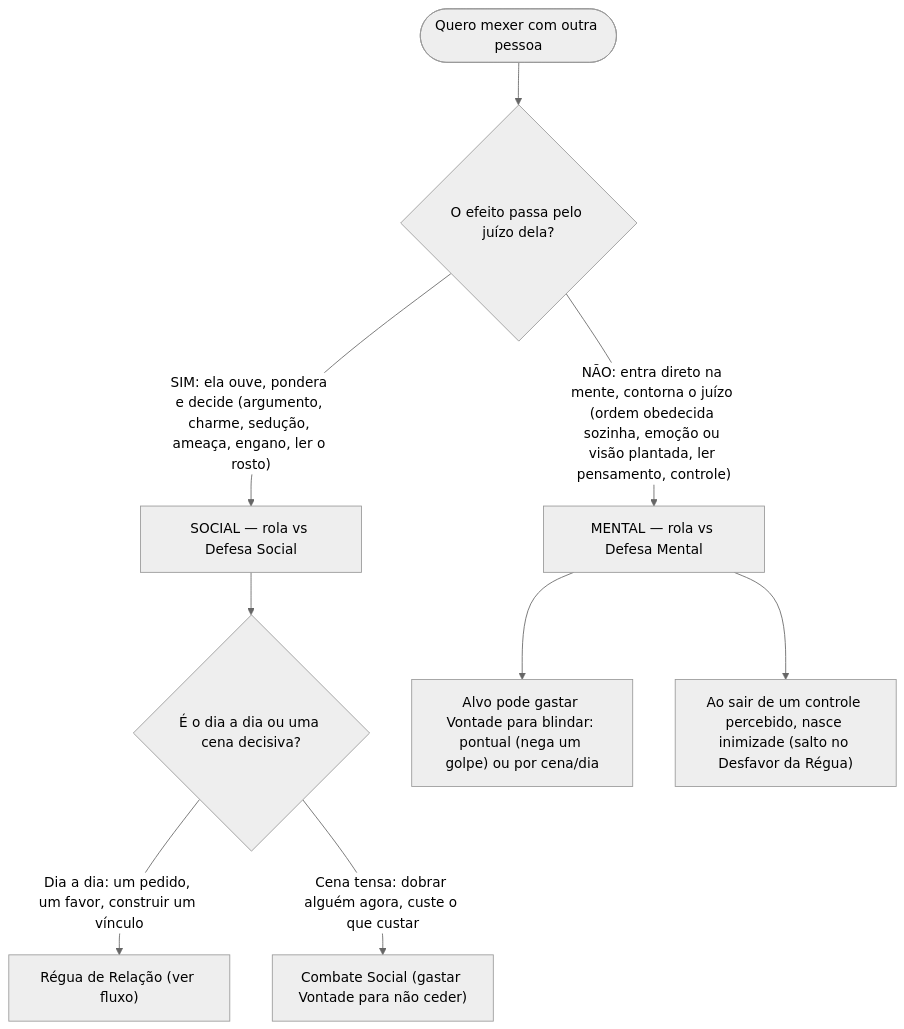
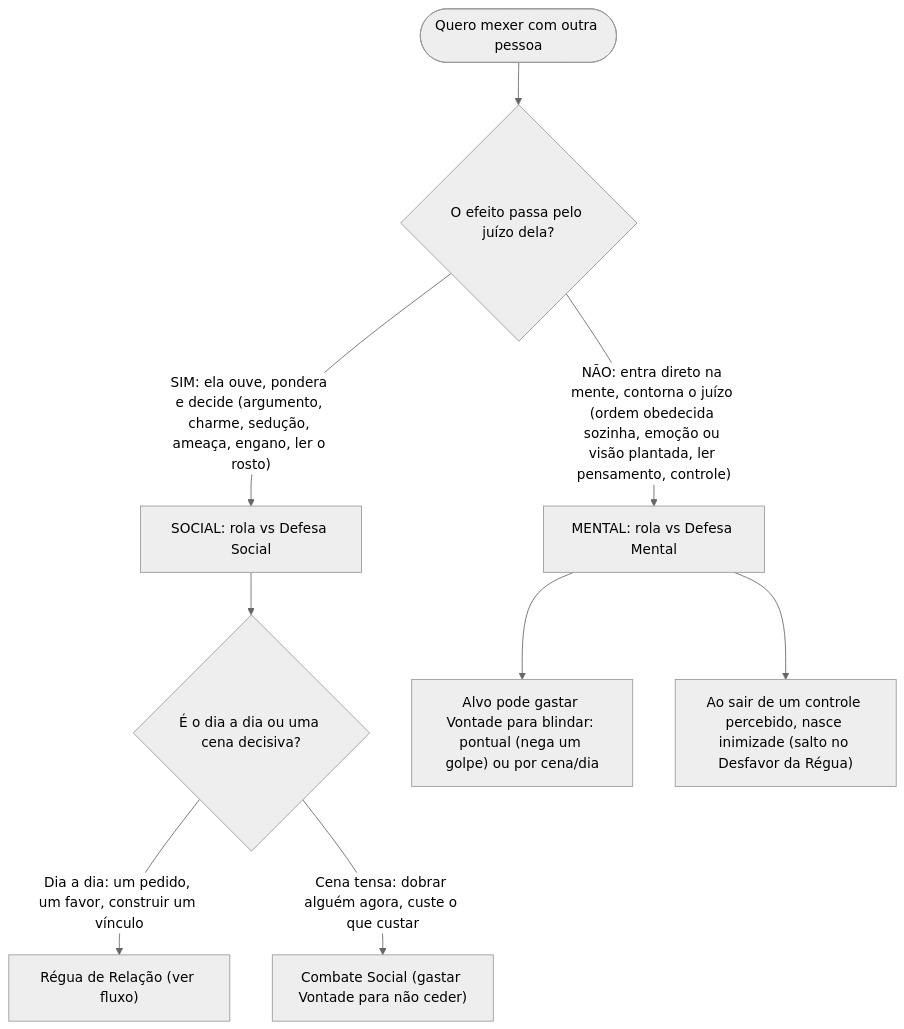
One commit to f-neves/centelha-rpg changed the second of 6 diagrams in src/content/chapters/qual-sistema.md. Above: the diagram before and after it, drawn with Mermaid (neutral theme). The commit also changed 14 other files, not shown here.

````diff
--- a/src/content/chapters/qual-sistema.md
+++ b/src/content/chapters/qual-sistema.md
@@ -34,11 +34,11 @@
 ```mermaid
 flowchart TD
   A(["Quero mexer com outra pessoa"]) --> B{"O efeito passa pelo juízo dela?"}
-  B -->|"SIM: ela ouve, pondera e decide (argumento, charme, sedução, ameaça, engano, ler o rosto)"| S["SOCIAL — rola vs Defesa Social"]
-  B -->|"NÃO: entra direto na mente, contorna o juízo (ordem obedecida sozinha, emoção ou visão plantada, ler pensamento, controle)"| M["MENTAL — rola vs Defesa Mental"]
+  B -->|"SIM: ela ouve, pondera e decide (argumento, charme, sedução, ameaça, engano, ler o rosto)"| S["SOCIAL: rola vs Defesa Social"]
+  B -->|"NÃO: entra direto na mente, contorna o juízo (ordem obedecida sozinha, emoção ou visão plantada, ler pensamento, controle)"| M["MENTAL: rola vs Defesa Mental"]
   S --> S2{"É o dia a dia ou uma cena decisiva?"}
   S2 -->|"Dia a dia: um pedido, um favor, construir um vínculo"| Regua["Régua de Relação (ver fluxo)"]
   S2 -->|"Cena tensa: dobrar alguém agora, custe o que custar"| CS["Combate Social (gastar Vontade para não ceder)"]
   M --> M2["Alvo pode gastar Vontade para blindar: pontual (nega um golpe) ou por cena/dia"]
   M --> M3["Ao sair de um controle percebido, nasce inimizade (salto no Desfavor da Régua)"]
 ```
````
